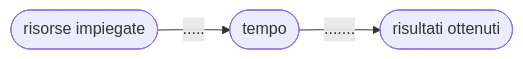
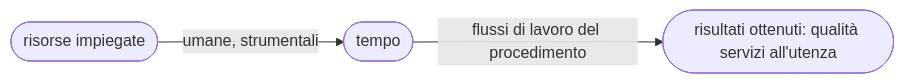
The diagram in docs/contenuti/reingegnerizzazione.md (UO-TransizioneDigitaleComunePalermo/mappatura-procedimenti-amministrativi), drawn with Mermaid before and after one commit.

````diff
--- a/docs/contenuti/reingegnerizzazione.md
+++ b/docs/contenuti/reingegnerizzazione.md
@@ -23,4 +23,4 @@
 ``` mermaid
 graph LR
-A([risorse impiegate]) -->|.....| B([tempo]) -->|.......| C([risultati ottenuti]) 
+A([risorse impiegate]) -->|umane, strumentali| B([tempo]) -->|flussi di lavoro del procedimento| C([risultati ottenuti: qualità servizi all'utenza]) 
 ```
````
